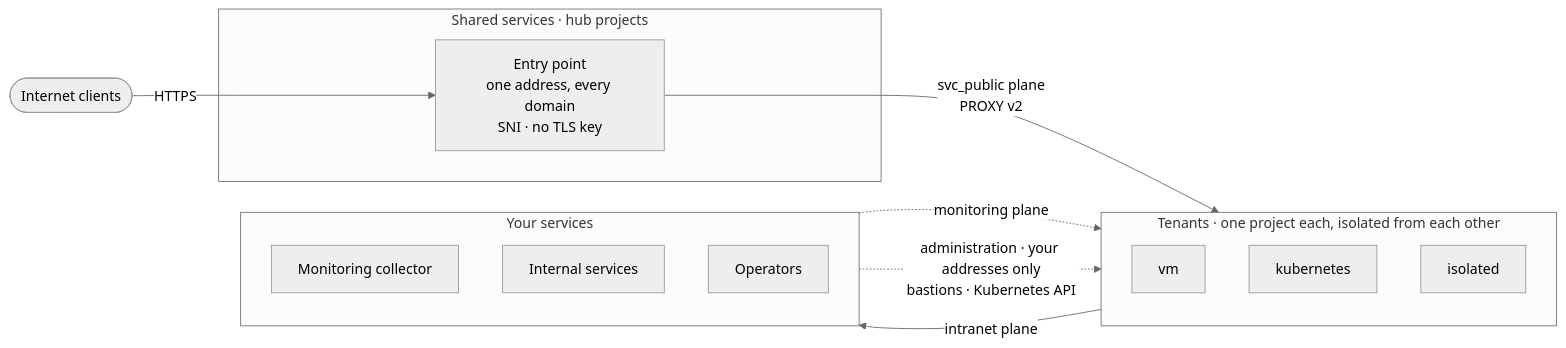
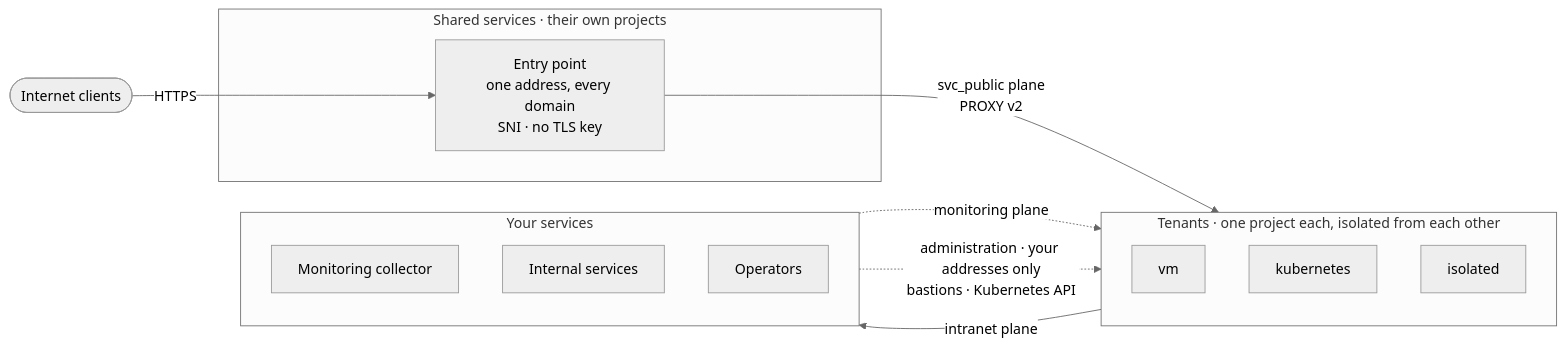
The diagram in README.md (CyprisTech/openstack-multitenant-reference), drawn with Mermaid (neutral theme) before and after one commit. The commit also changed other lines of this file and 79 other files, not shown here.

First line of the commit message:
Projects by role and shared planes in two modes

````diff
--- a/README.md
+++ b/README.md
@@ -66,24 +66,24 @@
 ```mermaid
 flowchart LR
     U(["Internet clients"])
-    subgraph SHARED["Shared services · hub projects"]
+    subgraph SHARED["Shared services · their own projects"]
         EP["Entry point<br/>one address, every domain<br/>SNI · no TLS key"]
     end
     subgraph TENANTS["Tenants · one project each, isolated from each other"]
         direction TB
         V["vm"]
         K["kubernetes"]
         I["isolated"]
     end
     subgraph YOURS["Your services"]
         direction TB
         C["Monitoring collector"]
         S["Internal services"]
         A["Operators"]
     end
     U -->|"HTTPS"| EP
     EP -->|"svc_public plane<br/>PROXY v2"| TENANTS
     C -.->|"monitoring plane"| TENANTS
     TENANTS -->|"intranet plane"| S
     A -.->|"administration · your addresses only<br/>bastions · Kubernetes API"| TENANTS
 ```
````
